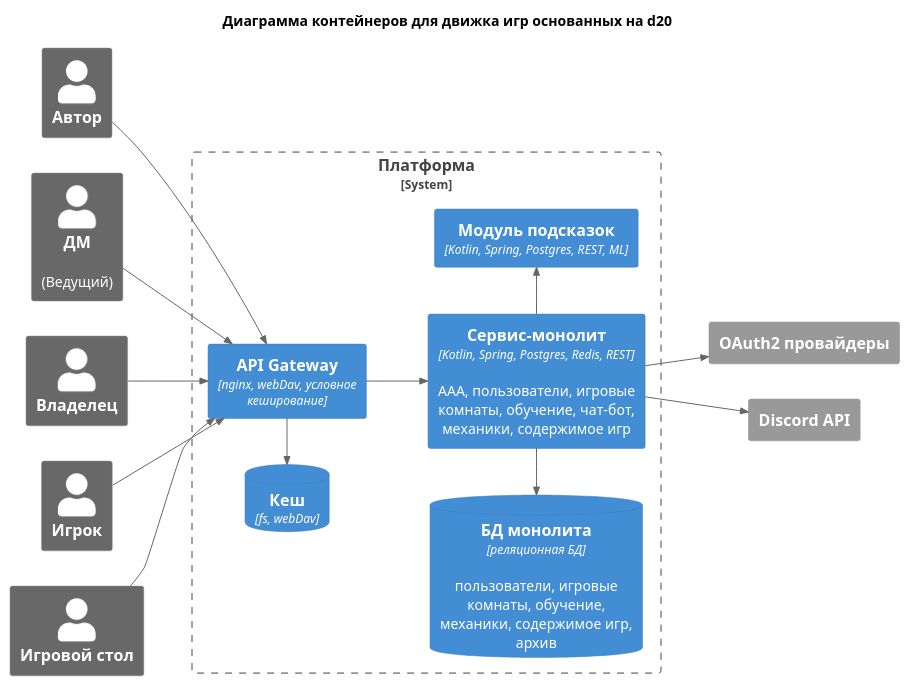
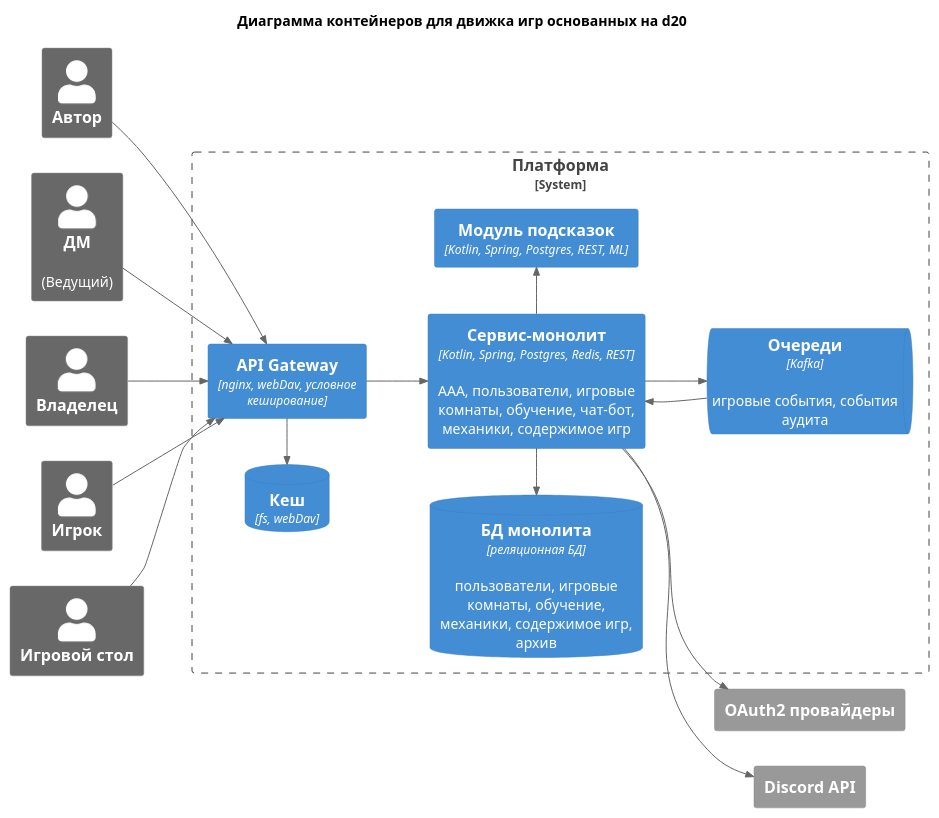
One commit to butakovmv/d20e_arch changed the diagram in chart/с4/C4container_1_v2.puml. Above: the diagram before and after it, drawn with PlantUML. The commit also changed 44 other files, not shown here.

Commit message:
Диаграммы последовательности

```diff
--- a/chart/с4/C4container_1_v2.puml
+++ b/chart/с4/C4container_1_v2.puml
@@ -1,38 +1,41 @@
 @startuml
 !include https://raw.githubusercontent.com/plantuml-stdlib/C4-PlantUML/master/C4_Container.puml
 
 title Диаграмма контейнеров для движка игр основанных на d20
 HIDE_STEREOTYPE()
 LAYOUT_LEFT_RIGHT()
 
 Person_Ext(cm, "Автор", "")
 Person_Ext(dm, "ДМ", "(Ведущий)")
 Person_Ext(owner, "Владелец", "")
 Person_Ext(player, "Игрок", "")
 Person_Ext(table, "Игровой стол", "")
 
 System_Boundary(d20platform, "Платформа") {
     Container(gateway, "API Gateway", "nginx, webDav, условное кеширование", "")
     ContainerDb(cache, "Кеш", "fs, webDav", "")
     Container(coreApp, "Сервис-монолит", "Kotlin, Spring, Postgres, Redis, REST", "AAA, пользователи, игровые комнаты, обучение, чат-бот, механики, содержимое игр")
     ContainerDb(coreDB, "БД монолита", "реляционная БД", "пользователи, игровые комнаты, обучение, механики, содержимое игр, архив")
+    ContainerQueue(queue, "Очереди", "Kafka", "игровые события, события аудита")
     Container(ml, "Модуль подсказок", "Kotlin, Spring, Postgres, REST, ML", "")
 }
 
 System_Ext(oauth, "OAuth2 провайдеры", "")
 System_Ext(discord, "Discord API", "")
 
 Rel_D(cm, gateway, "")
 Rel_D(dm, gateway, "")
 Rel_D(owner, gateway, "")
 Rel_D(player, gateway, "")
 Rel_D(table, gateway, "")
 
 Rel_L(coreApp, coreDB, "")
 Rel_R(coreApp, ml, "")
+Rel_U(coreApp, queue, "")
+Rel_U(queue, coreApp, "")
 Rel(gateway, coreApp, "")
 Rel_L(gateway, cache, "")
 
 Rel(coreApp, oauth, "")
 Rel(coreApp, discord, "")
 @enduml
```
